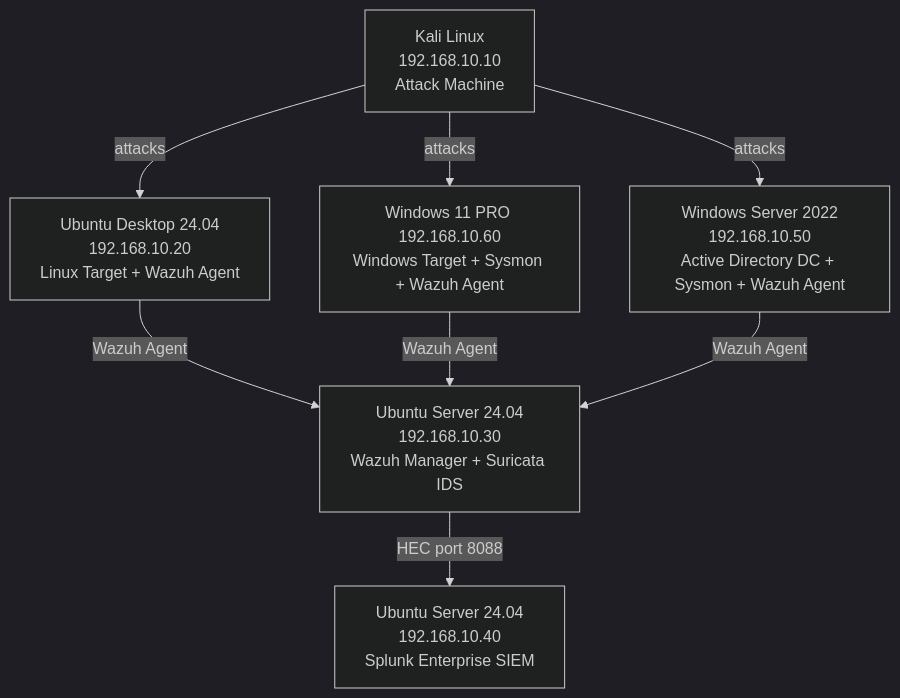
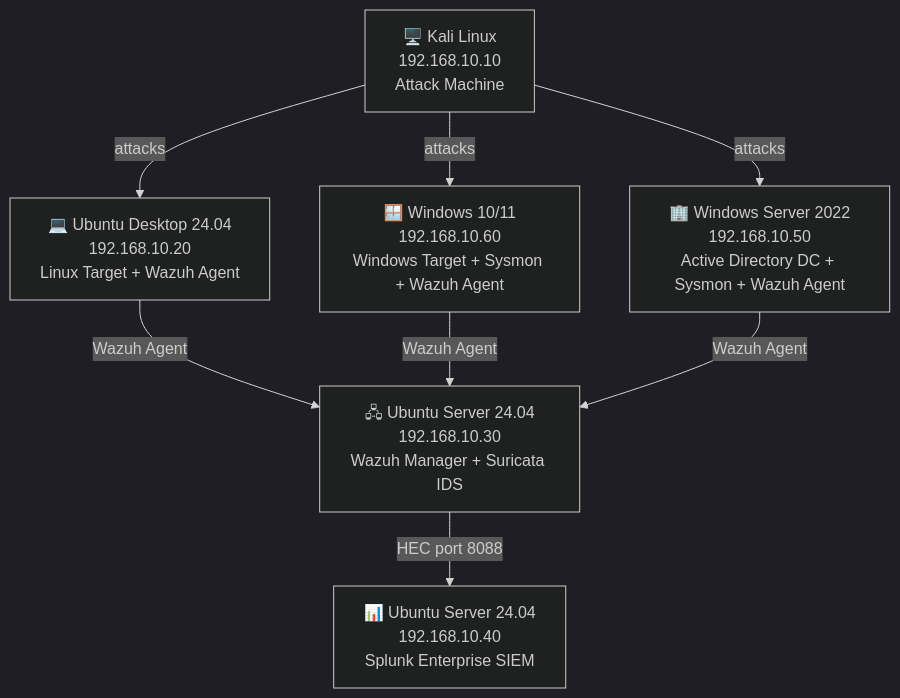
Before and after one commit to DanielBandarica02/SOC-HomeLab: the diagram in README.md, drawn with Mermaid (dark theme). The commit also changed other lines of this file, not shown here.

````diff
--- a/README.md
+++ b/README.md
@@ -15,10 +15,10 @@
 ```mermaid
 flowchart TD
-    A[" Kali Linux\n192.168.10.10\nAttack Machine"] -->|"attacks"| B[" Ubuntu Desktop 24.04\n192.168.10.20\nLinux Target + Wazuh Agent"]
-    A -->|"attacks"| E[" Windows 11 PRO \n192.168.10.60\nWindows Target + Sysmon + Wazuh Agent"]
-    A -->|"attacks"| F[" Windows Server 2022\n192.168.10.50\nActive Directory DC + Sysmon + Wazuh Agent"]
-    B -->|"Wazuh Agent"| C[" Ubuntu Server 24.04\n192.168.10.30\nWazuh Manager + Suricata IDS"]
+    A["🖥️ Kali Linux\n192.168.10.10\nAttack Machine"] -->|"attacks"| B["💻 Ubuntu Desktop 24.04\n192.168.10.20\nLinux Target + Wazuh Agent"]
+    A -->|"attacks"| E["🪟 Windows 10/11\n192.168.10.60\nWindows Target + Sysmon + Wazuh Agent"]
+    A -->|"attacks"| F["🏢 Windows Server 2022\n192.168.10.50\nActive Directory DC + Sysmon + Wazuh Agent"]
+    B -->|"Wazuh Agent"| C["🖧 Ubuntu Server 24.04\n192.168.10.30\nWazuh Manager + Suricata IDS"]
     E -->|"Wazuh Agent"| C
     F -->|"Wazuh Agent"| C
-    C -->|"HEC port 8088"| D[" Ubuntu Server 24.04\n192.168.10.40\nSplunk Enterprise SIEM"]
+    C -->|"HEC port 8088"| D["📊 Ubuntu Server 24.04\n192.168.10.40\nSplunk Enterprise SIEM"]
 ```
````
